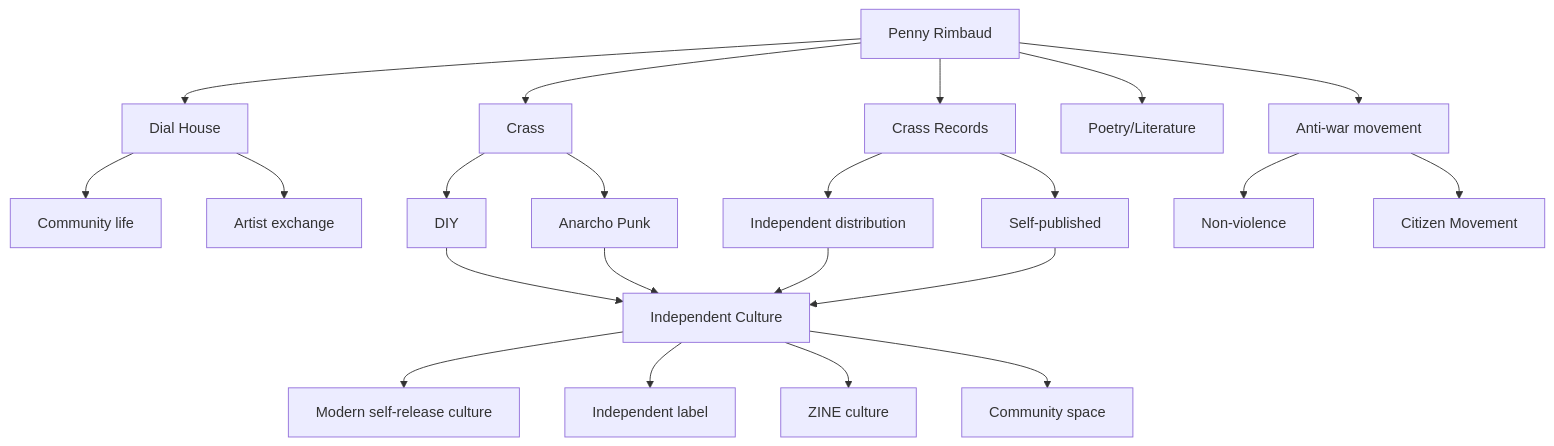
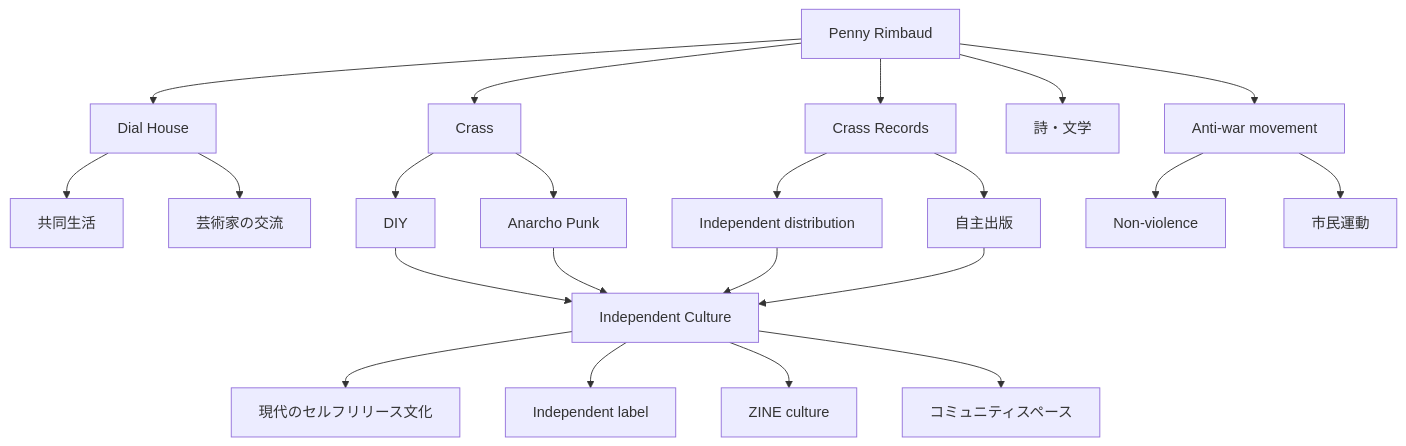
One commit to monumental-movement/monumental-movement.github.io changed the ninth of 10 diagrams in en/_posts/2026-07-13-column-penny-rimbaud.md. Above: the diagram before and after it, drawn with Mermaid. The commit also changed other lines of this file and 2196 other files, not shown here.

```diff
--- a/en/_posts/2026-07-13-column-penny-rimbaud.md
+++ b/en/_posts/2026-07-13-column-penny-rimbaud.md
@@ -1115,33 +1115,33 @@
 <div class="mermaid">
 graph TD
 
 A["Penny Rimbaud"]
 
 A --> B["Dial House"]
 A --> C["Crass"]
 A --> D["Crass Records"]
-A --> E["Poetry/Literature"]
+A --> E["詩・文学"]
 A --> F["Anti-war movement"]
 
-B --> G["Community life"]
-B --> H["Artist exchange"]
+B --> G["共同生活"]
+B --> H["芸術家の交流"]
 
 C --> I["DIY"]
 C --> J["Anarcho Punk"]
 
 D --> K["Independent distribution"]
-D --> L["Self-published"]
+D --> L["自主出版"]
 
 F --> M["Non-violence"]
-F --> N["Citizen Movement"]
+F --> N["市民運動"]
 
 I --> O["Independent Culture"]
 J --> O
 K --> O
 L --> O
 
-O --> P["Modern self-release culture"]
+O --> P["現代のセルフリリース文化"]
 O --> Q["Independent label"]
 O --> R["ZINE culture"]
-O --> S["Community space"]
+O --> S["コミュニティスペース"]
 </div>
```
